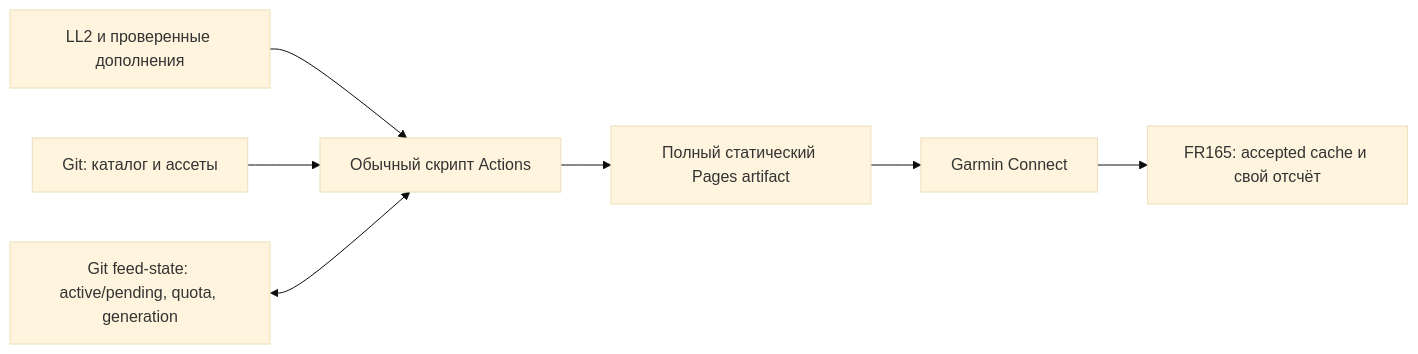
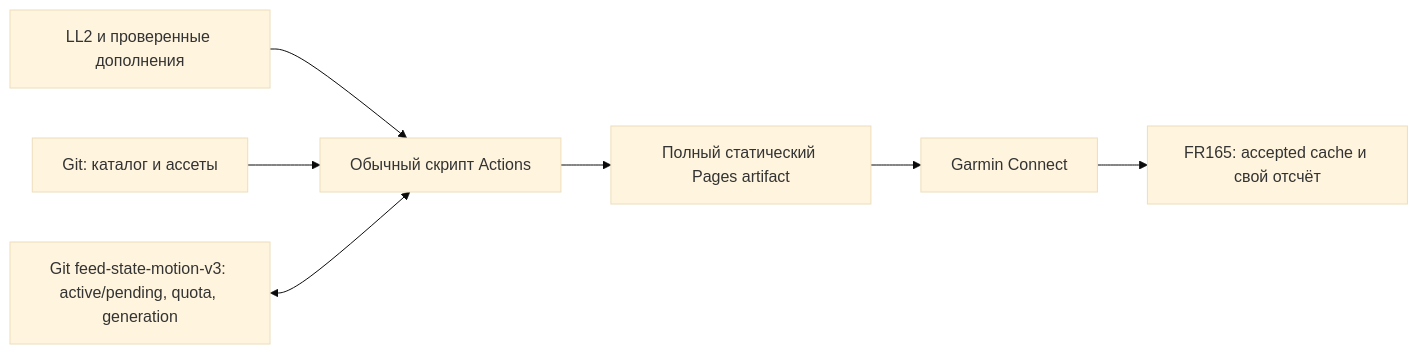
One commit to JekaMas/SpaceFox changed the diagram in docs/RELEASE_AND_UPDATES.md. Above: the diagram before and after it, drawn with Mermaid (base theme). The commit also changed other lines of this file and 28 other files, not shown here.

````diff
--- a/docs/RELEASE_AND_UPDATES.md
+++ b/docs/RELEASE_AND_UPDATES.md
@@ -69,9 +84,9 @@
 ```mermaid
 flowchart LR
   LL[LL2 и проверенные дополнения] --> A[Обычный скрипт Actions]
   G[Git: каталог и ассеты] --> A
-  S[Git feed-state: active/pending, quota, generation] <--> A
+  S[Git feed-state-motion-v3: active/pending, quota, generation] <--> A
   A --> P[Полный статический Pages artifact]
   P --> C[Garmin Connect]
   C --> W[FR165: accepted cache и свой отсчёт]
 ```
````
